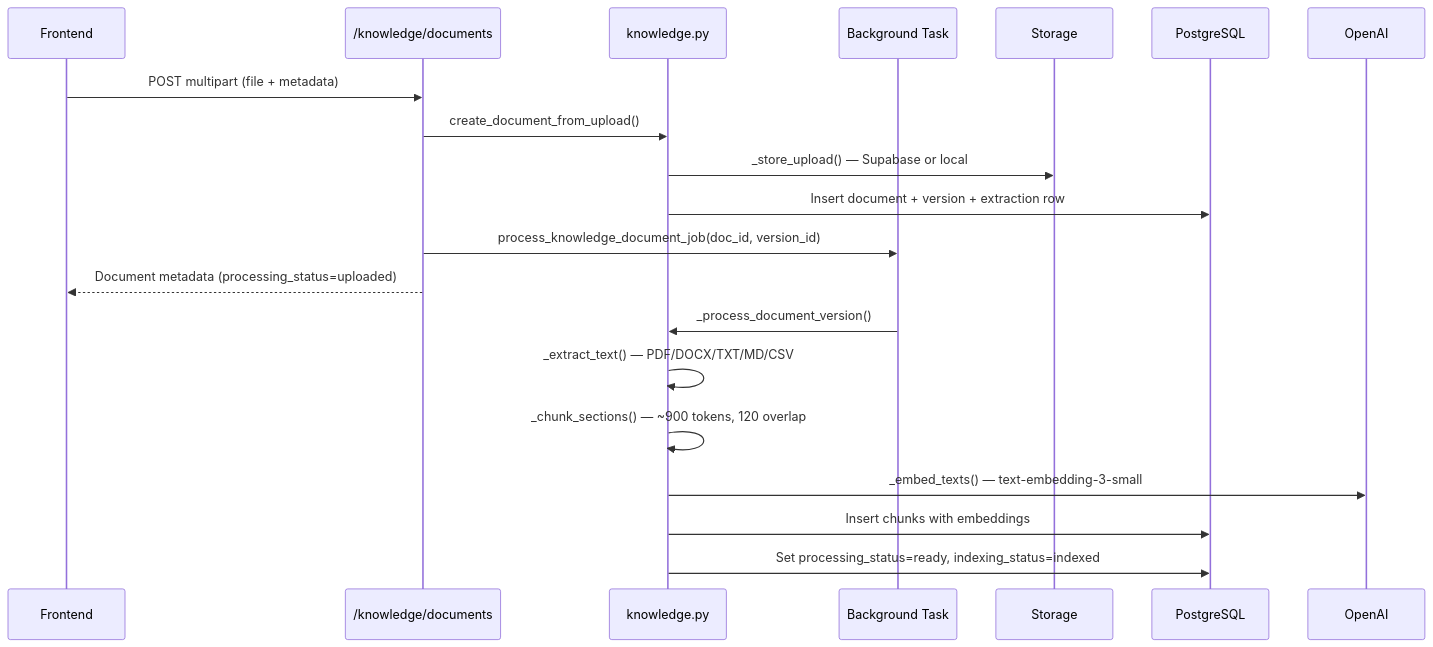
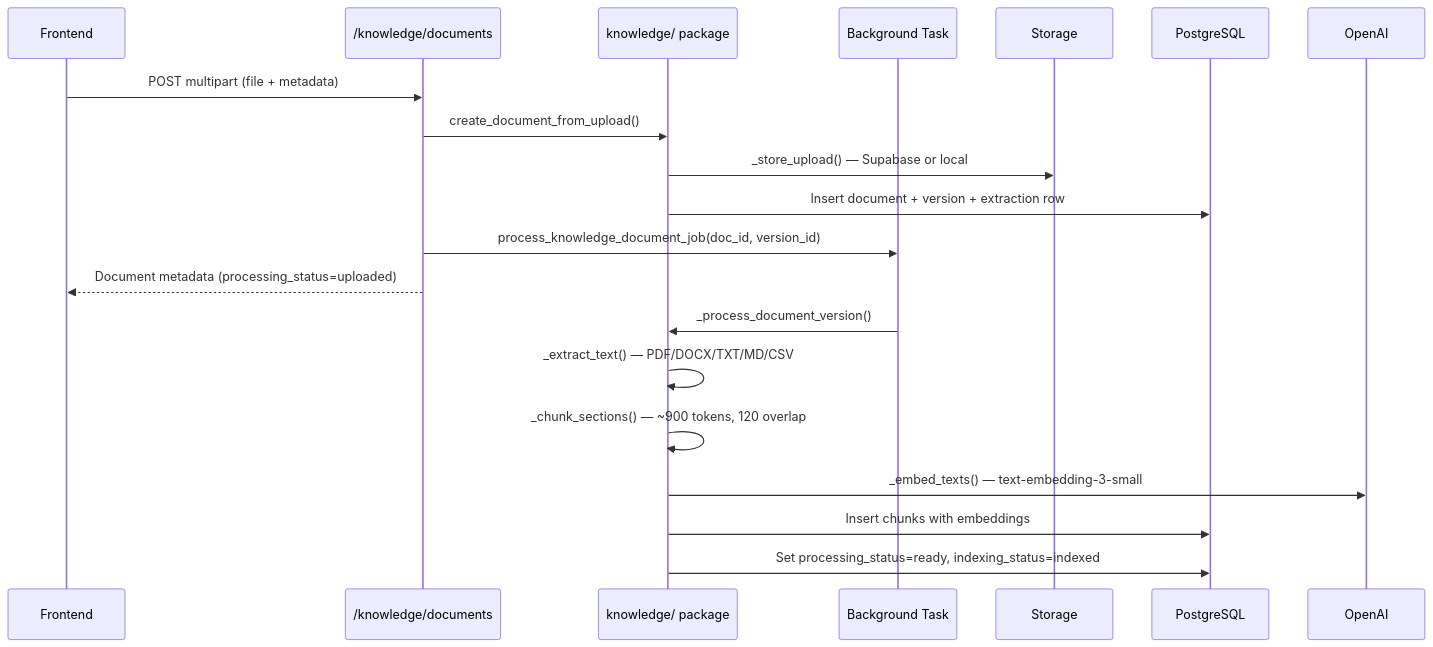
Before and after one commit to adeapiperkuu/bsg: the third of 8 diagrams in docs/audits/operational-knowledge-agent-audit.md, drawn with Mermaid. The commit also changed other lines of this file and 68 other files, not shown here.

````diff
--- a/docs/audits/operational-knowledge-agent-audit.md
+++ b/docs/audits/operational-knowledge-agent-audit.md
@@ -317,24 +322,24 @@
 ```mermaid
 sequenceDiagram
     participant UI as Frontend
     participant API as /knowledge/documents
-    participant SVC as knowledge.py
+    participant SVC as knowledge/ package
     participant BG as Background Task
     participant STORE as Storage
     participant PG as PostgreSQL
     participant OAI as OpenAI
 
     UI->>API: POST multipart (file + metadata)
     API->>SVC: create_document_from_upload()
     SVC->>STORE: _store_upload() — Supabase or local
     SVC->>PG: Insert document + version + extraction row
     API->>BG: process_knowledge_document_job(doc_id, version_id)
     API-->>UI: Document metadata (processing_status=uploaded)
 
     BG->>SVC: _process_document_version()
     SVC->>SVC: _extract_text() — PDF/DOCX/TXT/MD/CSV
     SVC->>SVC: _chunk_sections() — ~900 tokens, 120 overlap
     SVC->>OAI: _embed_texts() — text-embedding-3-small
     SVC->>PG: Insert chunks with embeddings
     SVC->>PG: Set processing_status=ready, indexing_status=indexed
 ```
````
